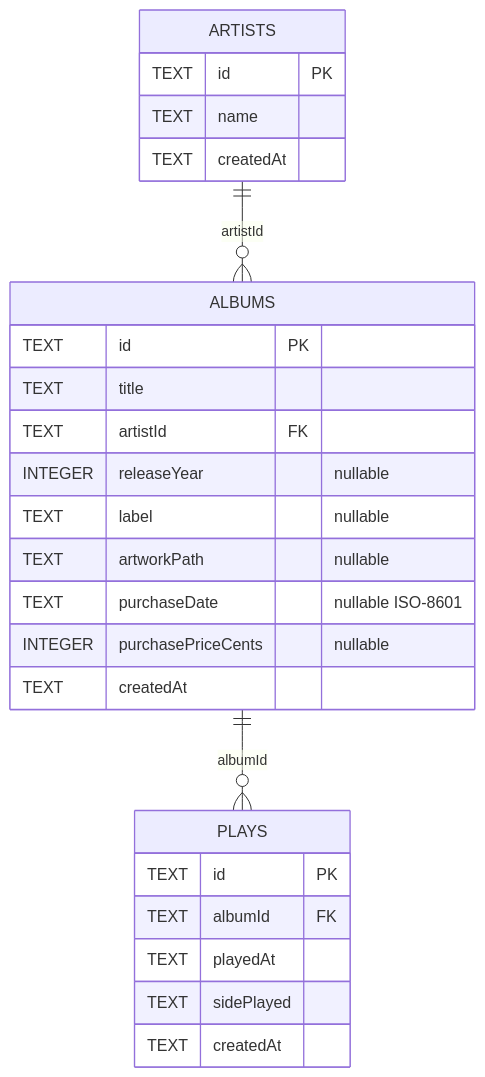
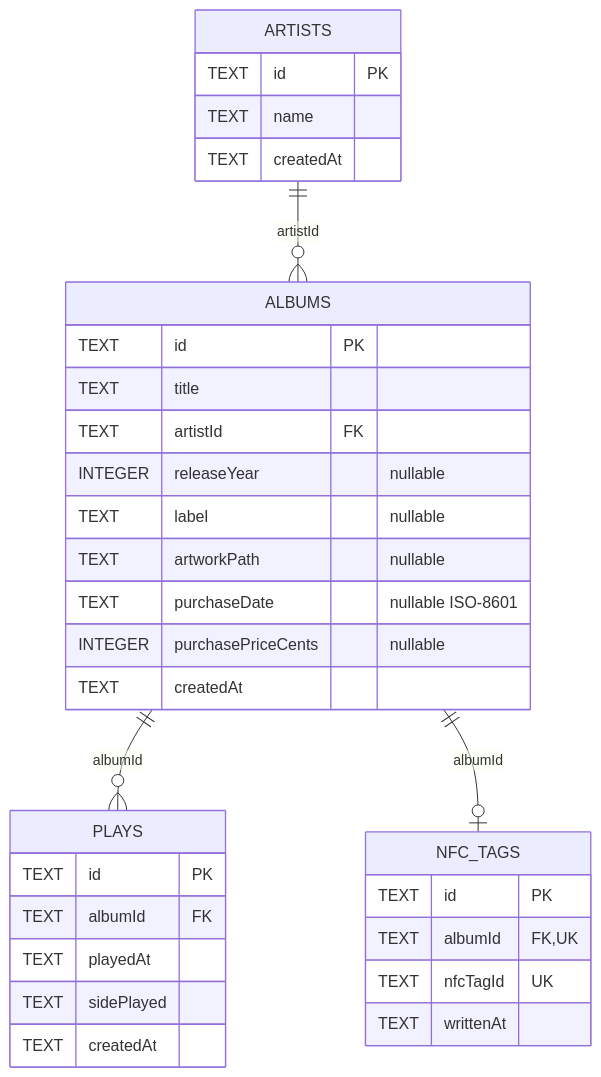
The diagram in docs/architecture/database.md (hunter-goller/Groovefolio), drawn with Mermaid before and after one commit. The commit also changed other lines of this file and 20 other files, not shown here.

Commit message:
VinylApp-040 add nfc_tags schema v2 migration and tests (#24)

````diff
--- a/docs/architecture/database.md
+++ b/docs/architecture/database.md
@@ -33,31 +38,39 @@
 ```mermaid
 erDiagram
     ARTISTS ||--o{ ALBUMS : "artistId"
     ALBUMS ||--o{ PLAYS : "albumId"
+    ALBUMS ||--o| NFC_TAGS : "albumId"
 
     ARTISTS {
         TEXT id PK
         TEXT name
         TEXT createdAt
     }
 
     ALBUMS {
         TEXT id PK
         TEXT title
         TEXT artistId FK
         INTEGER releaseYear "nullable"
         TEXT label "nullable"
         TEXT artworkPath "nullable"
         TEXT purchaseDate "nullable ISO-8601"
         INTEGER purchasePriceCents "nullable"
         TEXT createdAt
     }
 
     PLAYS {
         TEXT id PK
         TEXT albumId FK
         TEXT playedAt
         TEXT sidePlayed
         TEXT createdAt
     }
+
+    NFC_TAGS {
+        TEXT id PK
+        TEXT albumId FK,UK
+        TEXT nfcTagId UK
+        TEXT writtenAt
+    }
 ```
````
